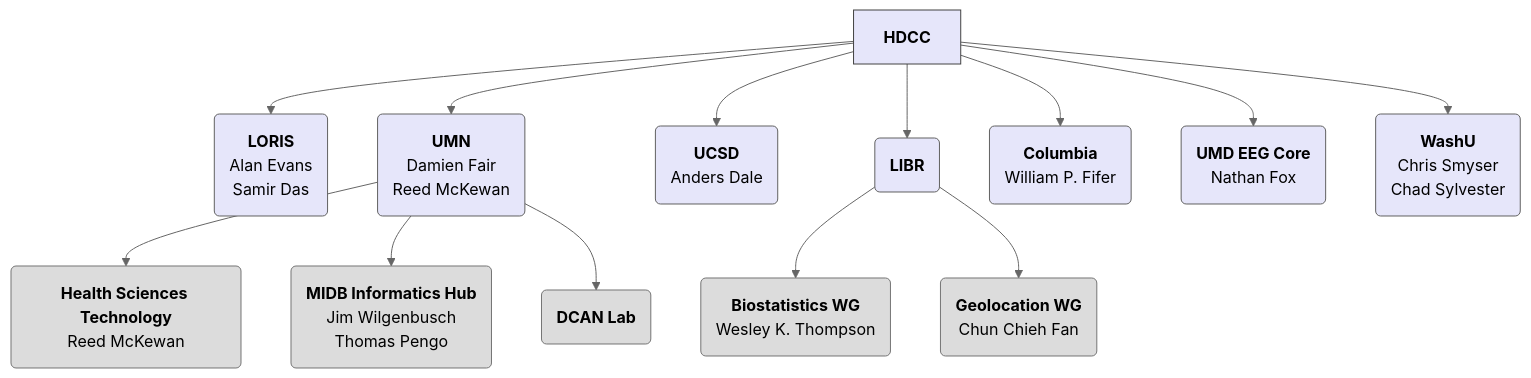
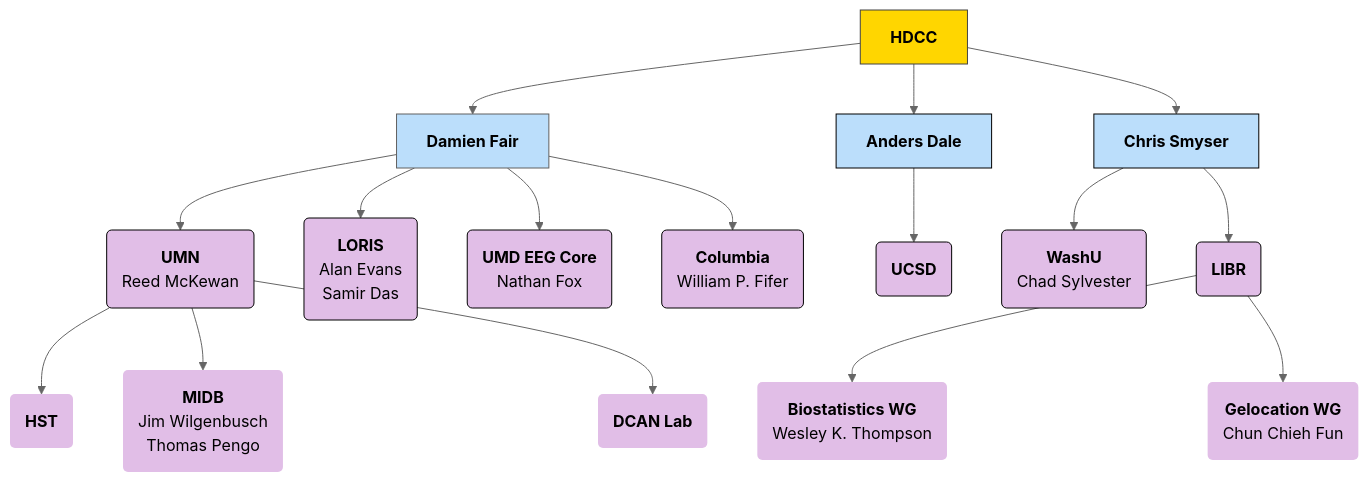
Before and after one commit to DCAN-Labs/hbcd-docs-internal: the first of 10 diagrams in docs/orgcharts.md, drawn with Mermaid (neutral theme). The commit also changed other lines of this file, not shown here.

Commit message:
replace overview chart

````diff
--- a/docs/orgcharts.md
+++ b/docs/orgcharts.md
@@ -6,49 +6,56 @@
 ```mermaid
 ---
 config:
   layout: dagre
 ---
 flowchart TB
-    A["<strong>HDCC</strong>"] --> E["<b>LORIS</b><br>Alan Evans<br>Samir Das"] & F["<b>UMN</b><br>Damien Fair<br>Reed McKewan"] & G["<b>UCSD</b><br>Anders Dale"] & H["<b>LIBR</b><br>"] & n1["<b>Columbia</b><br>William P. Fifer"] & n16["<b>UMD EEG Core</b><br>Nathan Fox"] & washu["<b>WashU</b><br>Chris Smyser<br>Chad Sylvester"]
-    F --> n6["<b>Health Sciences Technology</b><br>Reed McKewan"] & n7["<b>MIDB Informatics Hub</b><br>Jim Wilgenbusch<br>Thomas Pengo"] 
-    F --> n8["<b>DCAN Lab</b>"]
-    H --> n14["<b>Biostatistics WG</b><br>Wesley K. Thompson"] & n15["<b>Geolocation WG</b><br>Chun Chieh Fan"]
+    A["<strong>HDCC</strong>"] --> E["<b>Damien Fair</b>"] & n1["<b>Chris Smyser</b>"] & n2["<b>Anders Dale</b>"]
+    E --> umn["<b>UMN</b><br>Reed McKewan"] & n7["<b>LORIS</b><br>Alan Evans<br>Samir Das"] & n8["<b>UMD EEG Core</b><br>Nathan Fox"] & n11["<b>Columbia</b><br>William P. Fifer"]
+    umn --> hst["<b>HST</b>"] & midb["<b>MIDB</b><br>Jim Wilgenbusch<br>Thomas Pengo"] & n6["<b>DCAN Lab</b>"]
+    n2 --> n9["<b>UCSD</b>"]
+    n1 --> n10["<b>WashU</b><br>Chad Sylvester"] & n12["<b>LIBR</b>"]
+    n12 --> n13["<b>Biostatistics WG<br></b>Wesley K. Thompson"] & n14["<b>Gelocation WG</b><br>Chun Chieh Fun"]
     A@{ shape: rect}
-    E@{ shape: rounded}
-    F@{ shape: rounded}
-    G@{ shape: rounded}
-    H@{ shape: rounded}
-    n1@{ shape: rounded}
-    n16@{ shape: rounded}
-    washu@{ shape: rounded}
-    n6@{ shape: rounded}
+    E@{ shape: rect}
+    n1@{ shape: rect}
+    n2@{ shape: rect}
+    umn@{ shape: rounded}
     n7@{ shape: rounded}
     n8@{ shape: rounded}
+    n11@{ shape: rounded}
+    hst@{ shape: rounded}
+    midb@{ shape: rounded}
+    n6@{ shape: rounded}
+    n9@{ shape: rounded}
+    n10@{ shape: rounded}
+    n12@{ shape: rounded}
+    n13@{ shape: rounded}
     n14@{ shape: rounded}
-    n15@{ shape: rounded}
-    style A fill:#e6e6fa,stroke:#424242
-    style E fill:#e6e6fa,stroke:#616161
-    style F fill:#e6e6fa,stroke:#616161
-    style G fill:#e6e6fa,stroke:#616161
-    style H fill:#e6e6fa,stroke:#616161
-    style n1 fill:#e6e6fa,stroke:#616161
-    style n16 fill:#e6e6fa,stroke:#616161
-    style washu fill:#e6e6fa,stroke:#616161
-    style n6 fill:#dcdcdc,stroke:#757575
-    style n7 fill:#dcdcdc,stroke:#757575
-    style n8 fill:#dcdcdc,stroke:#757575
-    style n14 fill:#dcdcdc,stroke:#757575
-    style n15 fill:#dcdcdc,stroke:#757575
-    click E "#loris"
-    click F "#university-of-minnesota"
-    click G "#ucsd"
-    click H "#libr"
-    click n1 "#columbia-university"
-    click n16 "#umd-eeg-core"
-    click washu "#washu"
-    click n6 "#health-sciences-technology-hst"
-    click n7 "#midb-informatics-hub-msi"
-    click n8 "#dcan-lab"
-    click n14 "#thompson"
-    click n15 "#fan"
+    style A fill:#FFD600,stroke:#424242
+    style E fill:#BBDEFB,stroke:#616161
+    style n1 fill:#BBDEFB,stroke:#000000
+    style n2 fill:#BBDEFB,stroke:#000000
+    style umn fill:#E1BEE7,stroke:#000000
+    style n7 fill:#E1BEE7,stroke:#000000
+    style n8 fill:#E1BEE7,stroke:#000000
+    style n11 fill:#E1BEE7,stroke:#000000
+    style hst stroke:none,fill:#E1BEE7
+    style midb fill:#E1BEE7,stroke:none
+    style n6 fill:#E1BEE7,stroke:none
+    style n9 fill:#E1BEE7,stroke:#000000
+    style n10 fill:#E1BEE7,stroke:#000000
+    style n12 fill:#E1BEE7,stroke:#000000
+    style n13 fill:#E1BEE7,stroke:none
+    style n14 fill:#E1BEE7,stroke:none
+    click umn "#university"
+    click n7 "#loris"
+    click n8 "#umd-eeg-core"
+    click n11 "#columbia"
+    click hst "#health-sciences-technology"
+    click midb "#midb-informatics-hub-msi"
+    click n6 "#dcan-lab"
+    click n9 "#ucsd"
+    click n10 "#washu"
+    click n13 "#thompson"
+    click n14 "#fun"
 ```
````
